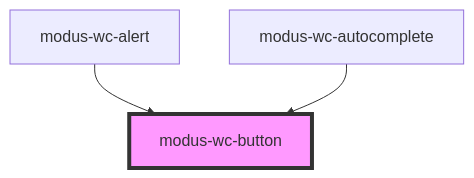
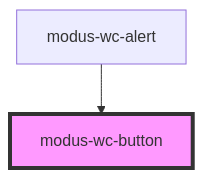
One commit to trimble-oss/modus-wc-2.0 changed the diagram in src/components/modus-wc-button/readme.md. Above: the diagram before and after it, drawn with Mermaid. The commit also changed other lines of this file and 5 other files, not shown here.

````diff
--- a/src/components/modus-wc-button/readme.md
+++ b/src/components/modus-wc-button/readme.md
@@ -44,6 +43,5 @@
 ```mermaid
 graph TD;
   modus-wc-alert --> modus-wc-button
-  modus-wc-autocomplete --> modus-wc-button
   style modus-wc-button fill:#f9f,stroke:#333,stroke-width:4px
 ```
````
